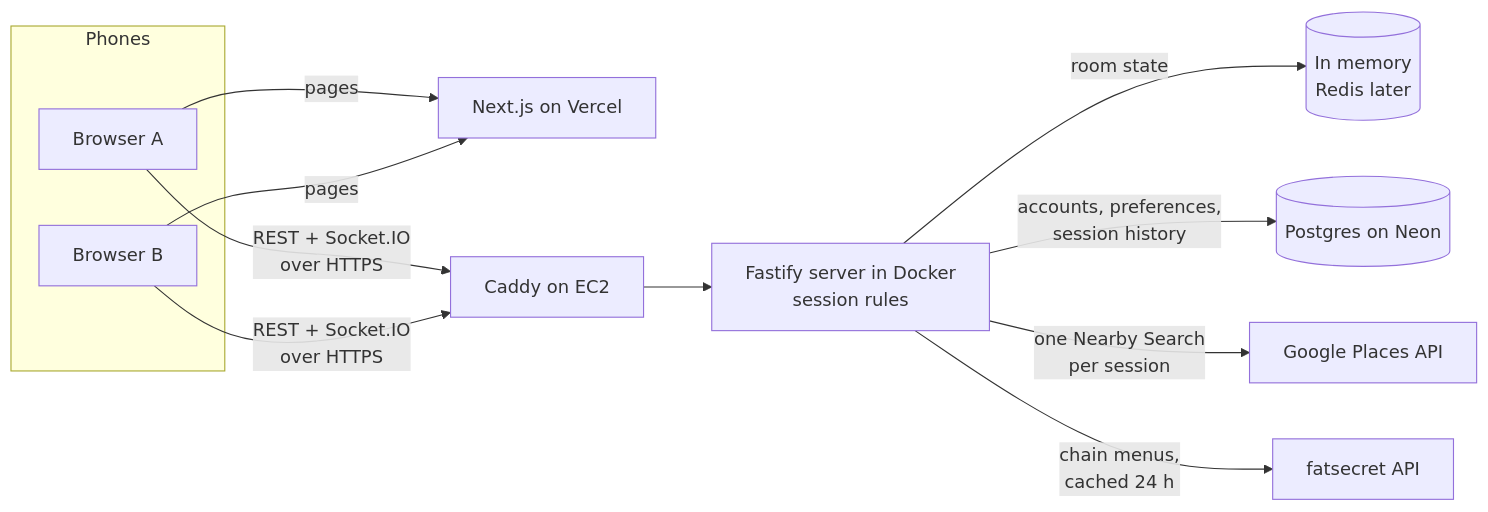
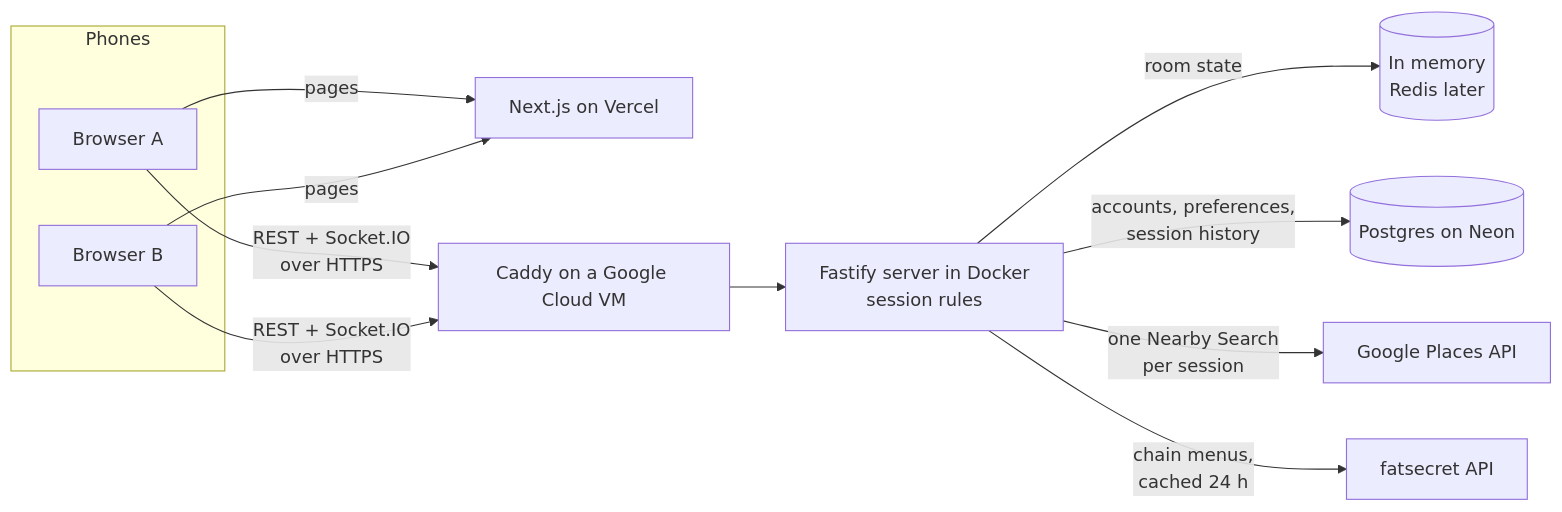
Before and after one commit to sweksha-cloud/arbiter: the diagram in README.md, drawn with Mermaid. The commit also changed other lines of this file and 5 other files, not shown here.

First line of the commit message:
Move the server to Google Cloud: setup scripts, keyless deploys over IAP, docs

````diff
--- a/README.md
+++ b/README.md
@@ -31,14 +31,14 @@
 ```mermaid
 flowchart LR
   subgraph Phones
     A[Browser A]
     B[Browser B]
   end
   A & B -- pages --> V[Next.js on Vercel]
-  A & B -- REST + Socket.IO<br/>over HTTPS --> C[Caddy on EC2]
+  A & B -- REST + Socket.IO<br/>over HTTPS --> C[Caddy on a Google Cloud VM]
   C --> S[Fastify server in Docker<br/>session rules]
   S -- room state --> R[(In memory<br/>Redis later)]
   S -- accounts, preferences,<br/>session history --> P[(Postgres on Neon)]
   S -- one Nearby Search<br/>per session --> G[Google Places API]
   S -- chain menus,<br/>cached 24 h --> F[fatsecret API]
 ```
````
